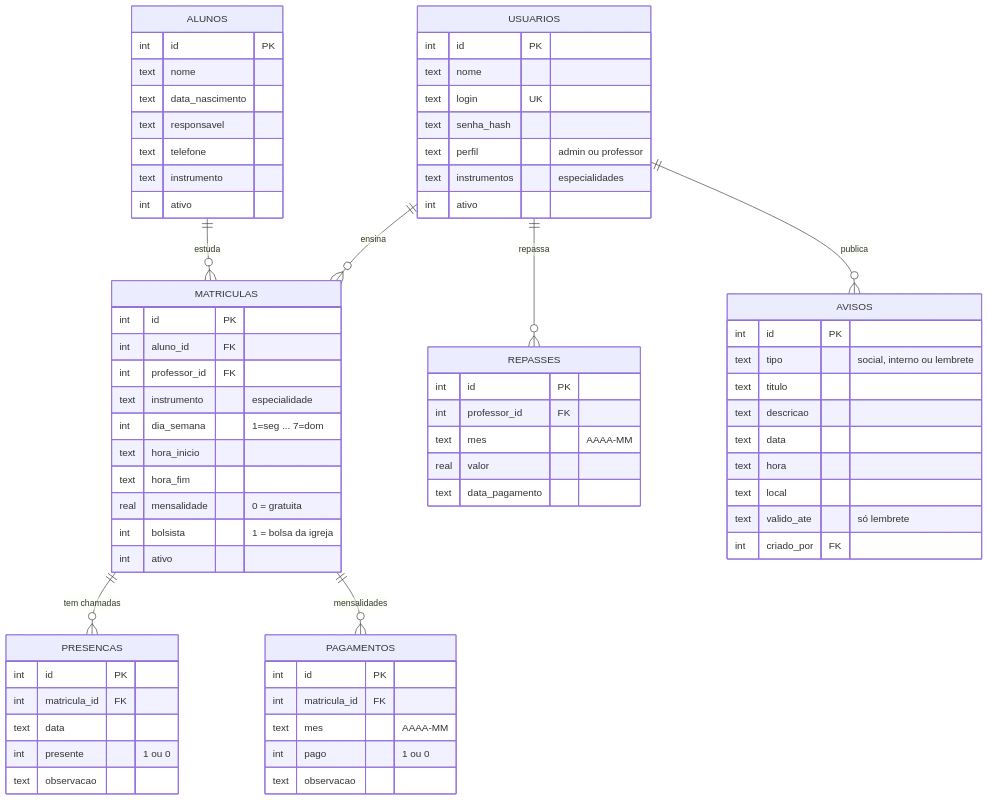
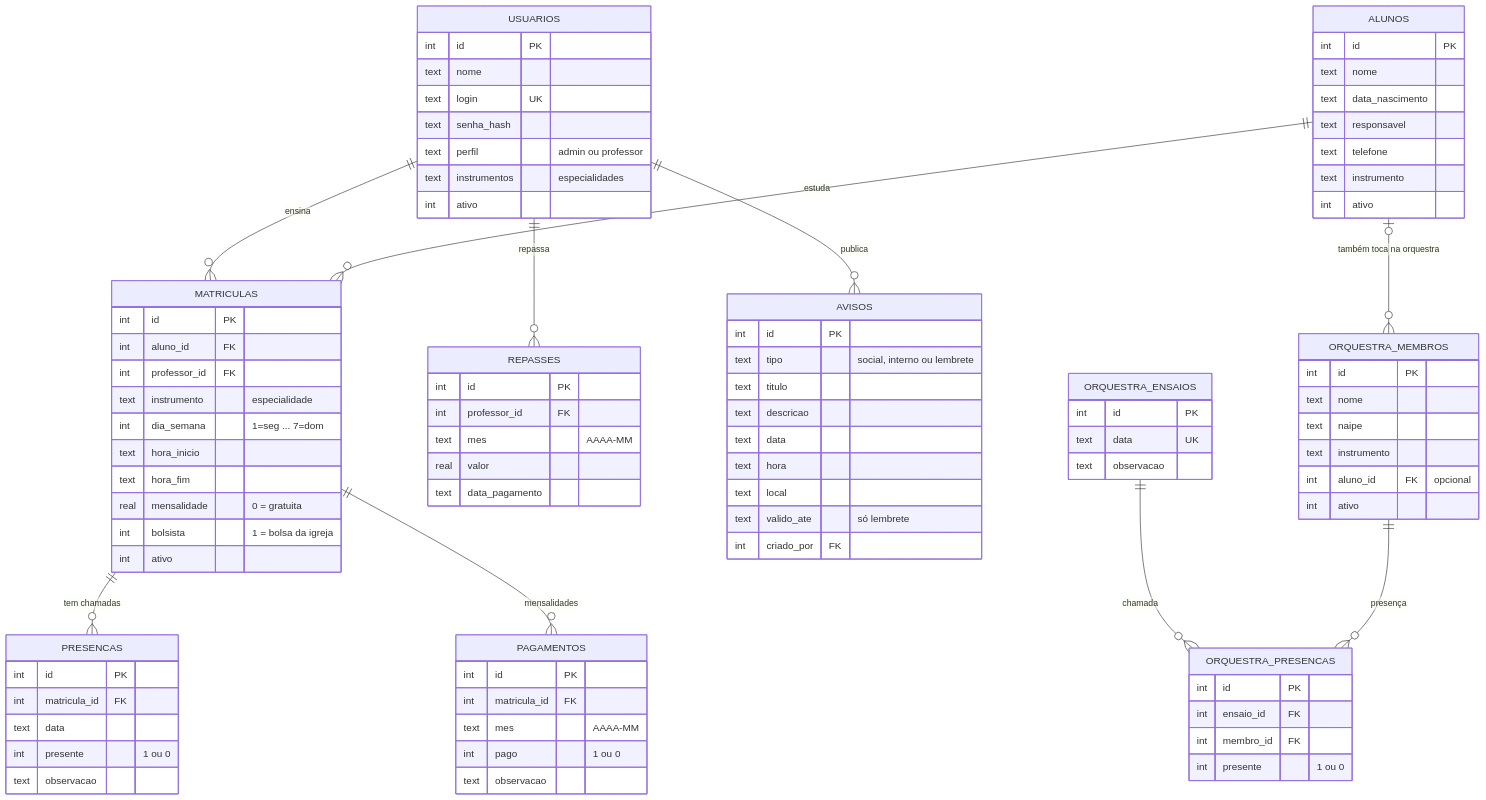
Before and after one commit to Jldiass/EscolaPIBA: the diagram in docs/DOCUMENTACAO.md, drawn with Mermaid. The commit also changed other lines of this file and 34 other files, not shown here.

First line of the commit message:
Orquestra: membros, chamada dos ensaios e status de assiduidade

```diff
--- a/docs/DOCUMENTACAO.md
+++ b/docs/DOCUMENTACAO.md
@@ -119,6 +134,9 @@
     USUARIOS ||--o{ REPASSES : "repassa"
     USUARIOS ||--o{ AVISOS : "publica"
     MATRICULAS ||--o{ PAGAMENTOS : "mensalidades"
+    ALUNOS |o--o{ ORQUESTRA_MEMBROS : "também toca na orquestra"
+    ORQUESTRA_ENSAIOS ||--o{ ORQUESTRA_PRESENCAS : "chamada"
+    ORQUESTRA_MEMBROS ||--o{ ORQUESTRA_PRESENCAS : "presença"
 
     USUARIOS {
         int id PK
@@ -164,6 +182,25 @@
         real valor
         text data_pagamento
     }
+    ORQUESTRA_MEMBROS {
+        int id PK
+        text nome
+        text naipe
+        text instrumento
+        int aluno_id FK "opcional"
+        int ativo
+    }
+    ORQUESTRA_ENSAIOS {
+        int id PK
+        text data UK
+        text observacao
+    }
+    ORQUESTRA_PRESENCAS {
+        int id PK
+        int ensaio_id FK
+        int membro_id FK
+        int presente "1 ou 0"
+    }
     PAGAMENTOS {
         int id PK
         int matricula_id FK
```
